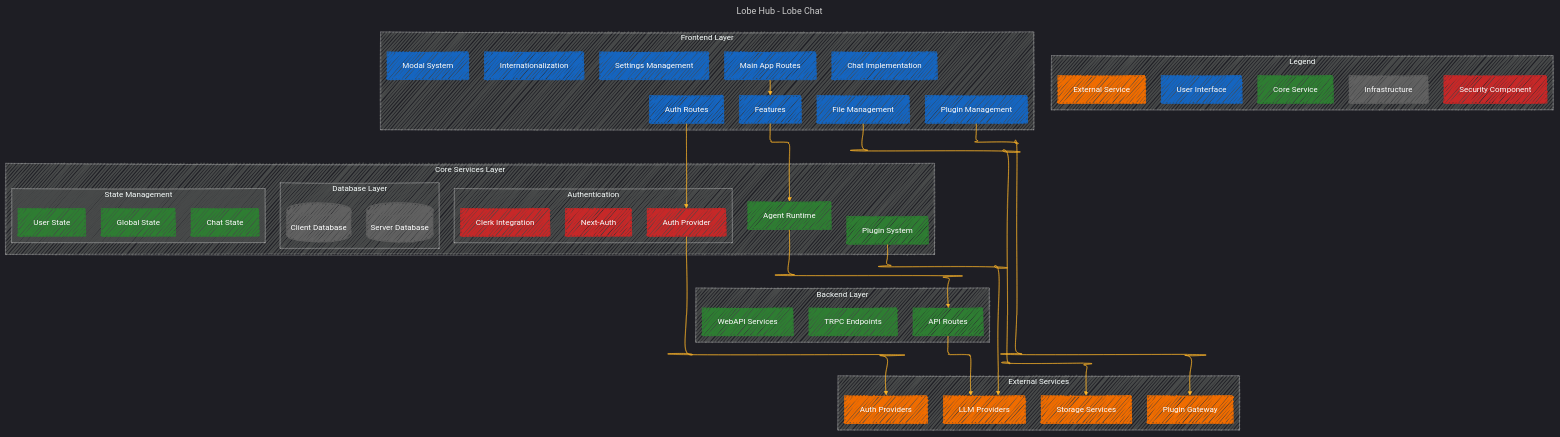
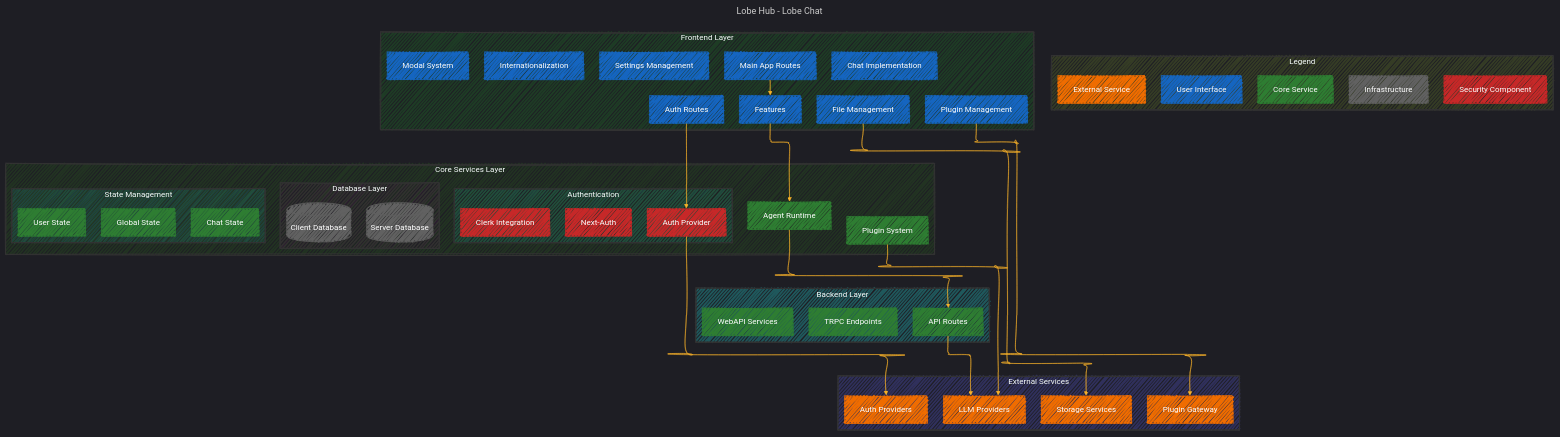
One commit to CongLeSolutionX/ArchExplorer changed the diagram in LOBE_HUB/Lobe_chat/Lobe_chat.md. Above: the diagram before and after it, drawn with Mermaid.

Commit message:
add more notes

```diff
--- a/LOBE_HUB/Lobe_chat/Lobe_chat.md
+++ b/LOBE_HUB/Lobe_chat/Lobe_chat.md
@@ -54,6 +54,7 @@
 }%%
 flowchart TB
     subgraph Legend
+    style Legend fill:#cf32,stroke:#333,stroke-width:2px
         UI[User Interface]:::frontend
         CS[Core Service]:::core
         EX[External Service]:::external
@@ -61,7 +62,8 @@
         SEC[Security Component]:::security
     end
 
-    subgraph "Frontend Layer"
+    subgraph Frontend_Layer["Frontend Layer"]
+    style Frontend_Layer fill:#2f32,stroke:#333,stroke-width:2px
         MainRoutes["Main App Routes"]:::frontend
         AuthRoutes["Auth Routes"]:::frontend
         ModalSystem["Modal System"]:::frontend
@@ -74,35 +76,41 @@
         Settings["Settings Management"]:::frontend
     end
 
-    subgraph "Core Services Layer"
+    subgraph Core_Services_Layer["Core Services Layer"]
+    style Core_Services_Layer fill:#232,stroke:#333,stroke-width:2px
         AgentRuntime["Agent Runtime"]:::core
         PluginSystem["Plugin System"]:::core
         
-        subgraph "State Management"
+        subgraph State_Management["State Management"]
+        style State_Management fill:#2fd2,stroke:#333,stroke-width:2px
             GlobalState["Global State"]:::core
             ChatState["Chat State"]:::core
             UserState["User State"]:::core
         end
         
-        subgraph "Database Layer"
+        subgraph Database_Layer["Database Layer"]
+        style Database_Layer fill:#f1d1,stroke:#333,stroke-width:2px
             ClientDB[(Client Database)]:::infra
             ServerDB[(Server Database)]:::infra
         end
         
-        subgraph "Authentication"
+        subgraph Authentication["Authentication"]
+        style Authentication fill:#2fd2,stroke:#333,stroke-width:2px
             NextAuth["Next-Auth"]:::security
             ClerkAuth["Clerk Integration"]:::security
             AuthProvider["Auth Provider"]:::security
         end
     end
 
-    subgraph "Backend Layer"
+    subgraph Backend_Layer["Backend Layer"]
+    style Backend_Layer fill:#2cc5,stroke:#333,stroke-width:2px
         APIRoutes["API Routes"]:::core
         TRPCEndpoints["TRPC Endpoints"]:::core
         WebAPIServices["WebAPI Services"]:::core
     end
 
-    subgraph "External Services"
+    subgraph External_Services["External Services"]
+    style External_Services fill:#55c5,stroke:#333,stroke-width:2px
         LLMProviders["LLM Providers"]:::external
         Storage["Storage Services"]:::external
         AuthProviders["Auth Providers"]:::external
```
